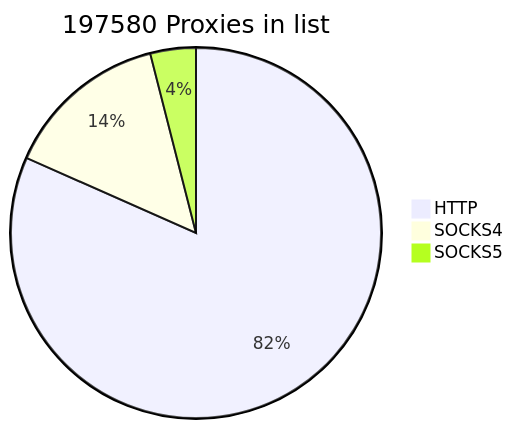
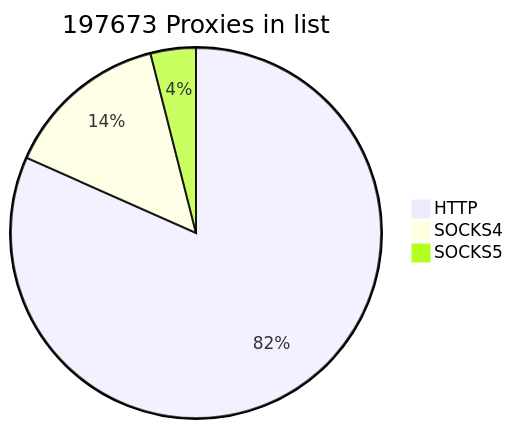
Before and after one commit to cutipu/proxylist: the first of 2 diagrams in README.md, drawn with Mermaid. The commit also changed other lines of this file, not shown here.

````diff
--- a/README.md
+++ b/README.md
@@ -2,7 +2,7 @@
 ```mermaid
-pie title 197580 Proxies in list
-    "HTTP" : 161295
-    "SOCKS4" : 28431
-    "SOCKS5" : 7854
+pie title 197673 Proxies in list
+    "HTTP" : 161404
+    "SOCKS4" : 28451
+    "SOCKS5" : 7818
             
 ```
````
